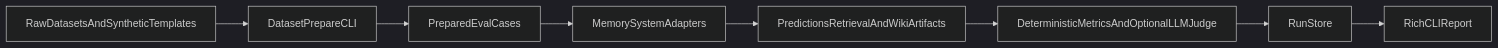
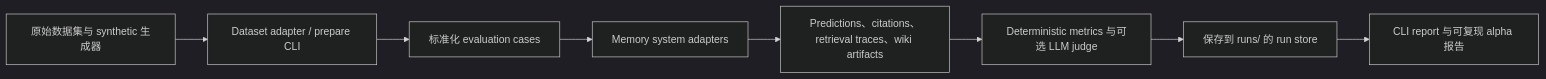
Before and after one commit to userljz/wiki-memory-bench: the diagram in README-CN.md, drawn with Mermaid (dark theme). The commit also changed other lines of this file and 27 other files, not shown here.

````diff
--- a/README-CN.md
+++ b/README-CN.md
@@ -191,10 +128,10 @@
 ```mermaid
 flowchart LR
-    rawData[RawDatasetsAndSyntheticTemplates] --> prepareCli[DatasetPrepareCLI]
-    prepareCli --> preparedCases[PreparedEvalCases]
-    preparedCases --> adapters[MemorySystemAdapters]
-    adapters --> artifacts[PredictionsRetrievalAndWikiArtifacts]
-    artifacts --> metrics[DeterministicMetricsAndOptionalLLMJudge]
-    metrics --> runStore[RunStore]
-    runStore --> reportCli[RichCLIReport]
+    raw[原始数据集与 synthetic 生成器] --> prepare[Dataset adapter / prepare CLI]
+    prepare --> cases[标准化 evaluation cases]
+    cases --> systems[Memory system adapters]
+    systems --> artifacts[Predictions、citations、retrieval traces、wiki artifacts]
+    artifacts --> metrics[Deterministic metrics 与可选 LLM judge]
+    metrics --> runs[保存到 runs/ 的 run store]
+    runs --> report[CLI report 与可复现 alpha 报告]
 ```
````
